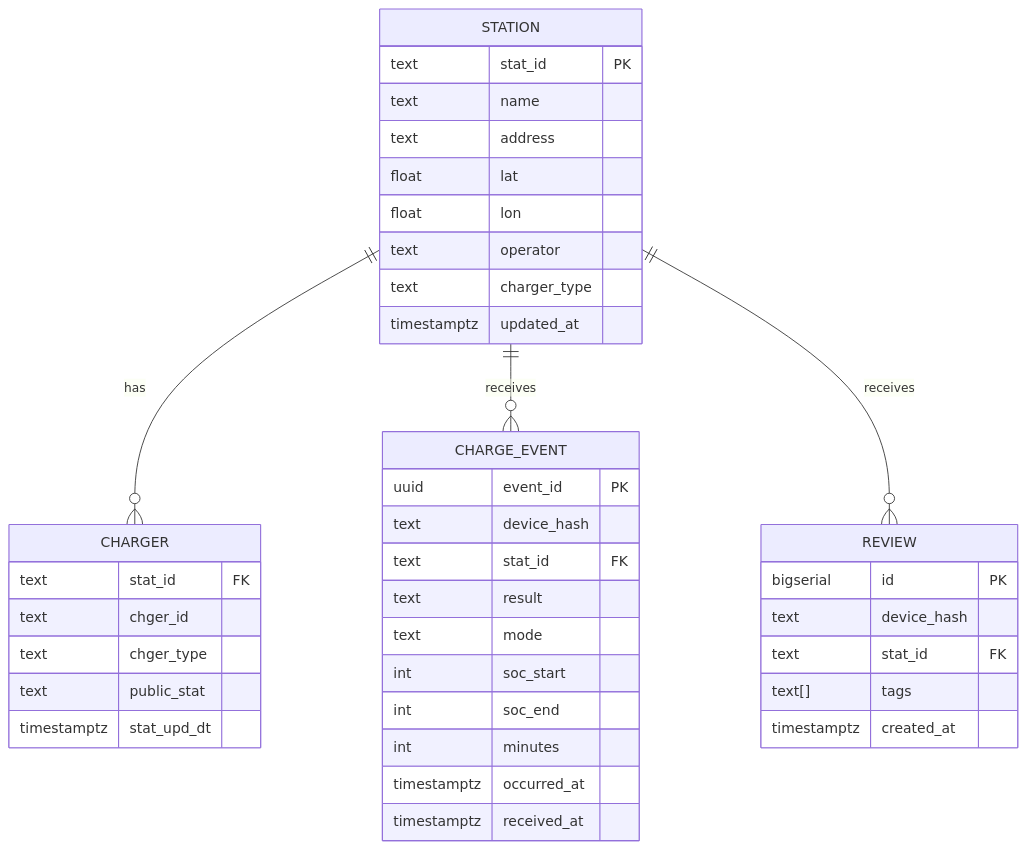
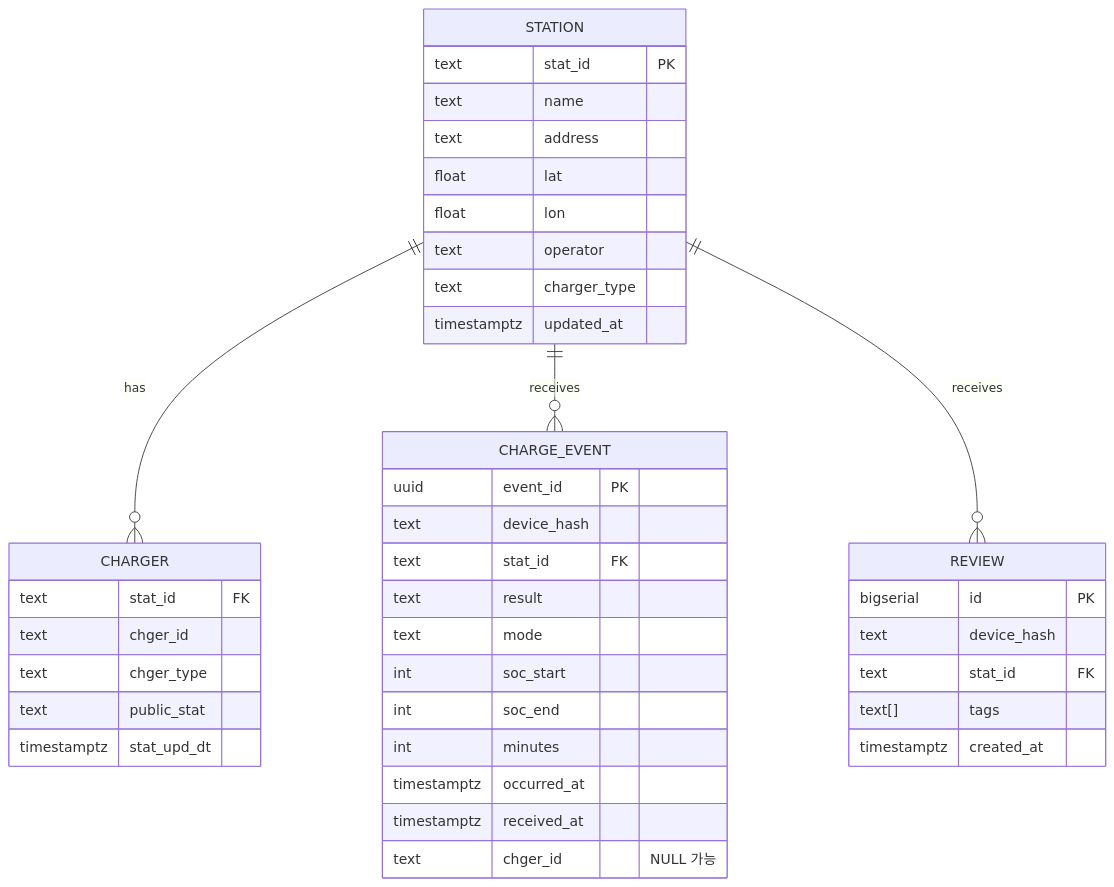
One commit to smgjjang030428-ops/chargecheck changed the fourth of 6 diagrams in 기획문서/앱구조_명세서_AI용.md. Above: the diagram before and after it, drawn with Mermaid. The commit also changed other lines of this file and 33 other files, not shown here.

````diff
--- a/기획문서/앱구조_명세서_AI용.md
+++ b/기획문서/앱구조_명세서_AI용.md
@@ -608,42 +653,43 @@
 ```mermaid
 erDiagram
   STATION ||--o{ CHARGER : has
   STATION ||--o{ CHARGE_EVENT : receives
   STATION ||--o{ REVIEW : receives
   STATION {
     text stat_id PK
     text name
     text address
     float lat
     float lon
     text operator
     text charger_type
     timestamptz updated_at
   }
   CHARGER {
     text stat_id FK
     text chger_id
     text chger_type
     text public_stat
     timestamptz stat_upd_dt
   }
   CHARGE_EVENT {
     uuid event_id PK
     text device_hash
     text stat_id FK
     text result
     text mode
     int soc_start
     int soc_end
     int minutes
     timestamptz occurred_at
     timestamptz received_at
+    text chger_id "NULL 가능"
   }
   REVIEW {
     bigserial id PK
     text device_hash
     text stat_id FK
     text[] tags
     timestamptz created_at
   }
 ```
````
